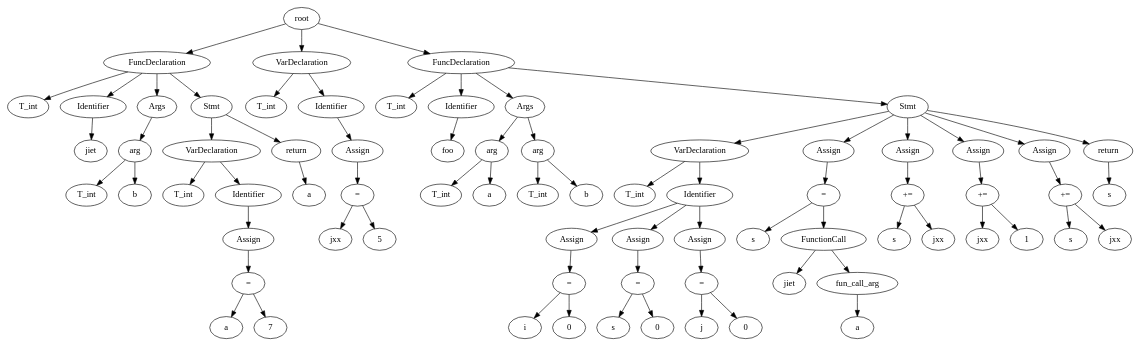
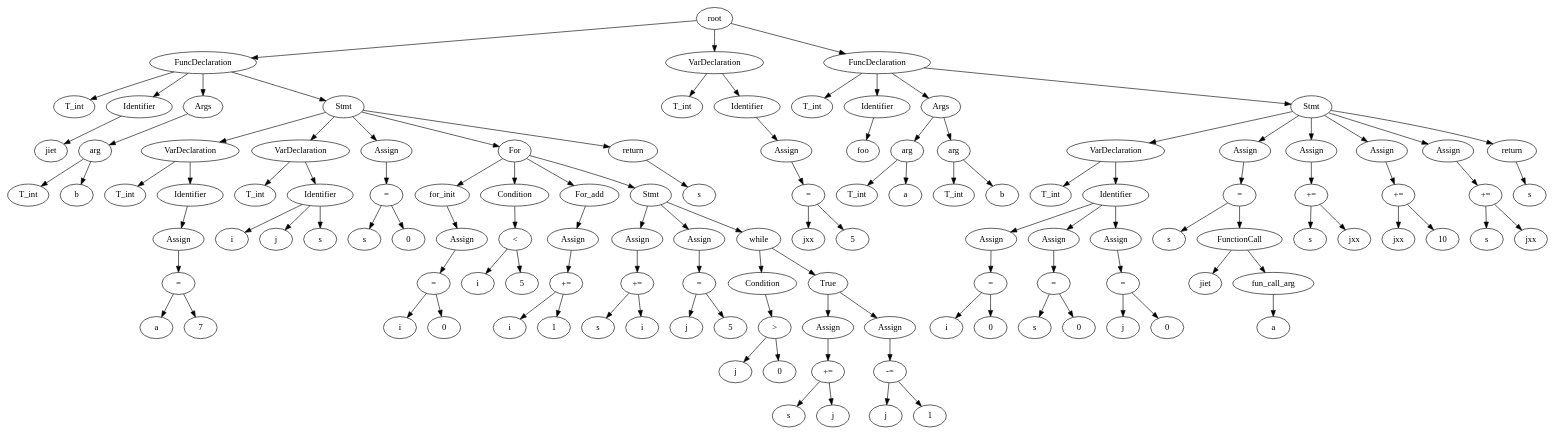
Before and after one commit to Jstar49/starCC: the diagram in test.gv, drawn with Graphviz. The commit also changed 42 other files, not shown here.

```diff
--- a/test.gv
+++ b/test.gv
@@ -33,118 +33,214 @@
 	14 -> 13
 	15 [label=7]
 	14 -> 15
-	16 [label=return]
+	16 [label=VarDeclaration]
 	8 -> 16
-	17 [label=a]
+	17 [label=T_int]
 	16 -> 17
-	18 [label=VarDeclaration]
-	None -> 18
-	19 [label=T_int]
+	18 [label=Identifier]
+	16 -> 18
+	19 [label=i]
 	18 -> 19
-	20 [label=Identifier]
+	20 [label=j]
 	18 -> 20
-	21 [label=Assign]
-	20 -> 21
-	23 [label="="]
-	21 -> 23
-	22 [label=jxx]
-	23 -> 22
-	24 [label=5]
-	23 -> 24
-	25 [label=FuncDeclaration]
-	None -> 25
-	26 [label=T_int]
-	25 -> 26
-	27 [label=Identifier]
-	25 -> 27
-	28 [label=foo]
+	21 [label=s]
+	18 -> 21
+	22 [label=Assign]
+	8 -> 22
+	24 [label="="]
+	22 -> 24
+	23 [label=s]
+	24 -> 23
+	25 [label=0]
+	24 -> 25
+	26 [label=For]
+	8 -> 26
+	27 [label=for_init]
+	26 -> 27
+	28 [label=Assign]
 	27 -> 28
-	29 [label=Args]
-	25 -> 29
-	30 [label=arg]
-	29 -> 30
-	31 [label=T_int]
+	30 [label="="]
+	28 -> 30
+	29 [label=i]
+	30 -> 29
+	31 [label=0]
 	30 -> 31
-	32 [label=a]
-	30 -> 32
-	33 [label=arg]
-	29 -> 33
-	34 [label=T_int]
-	33 -> 34
-	35 [label=b]
-	33 -> 35
-	36 [label=Stmt]
-	25 -> 36
-	37 [label=VarDeclaration]
+	32 [label=Condition]
+	26 -> 32
+	34 [label="<"]
+	32 -> 34
+	33 [label=i]
+	34 -> 33
+	35 [label=5]
+	34 -> 35
+	36 [label=For_add]
+	26 -> 36
+	37 [label=Assign]
 	36 -> 37
-	38 [label=T_int]
-	37 -> 38
-	39 [label=Identifier]
+	39 [label="+="]
 	37 -> 39
-	40 [label=Assign]
+	38 [label=i]
+	39 -> 38
+	40 [label=1]
 	39 -> 40
-	42 [label="="]
-	40 -> 42
-	41 [label=i]
-	42 -> 41
-	43 [label=0]
-	42 -> 43
-	44 [label=Assign]
-	39 -> 44
-	46 [label="="]
-	44 -> 46
-	45 [label=s]
-	46 -> 45
-	47 [label=0]
-	46 -> 47
-	48 [label=Assign]
-	39 -> 48
-	50 [label="="]
-	48 -> 50
-	49 [label=j]
-	50 -> 49
-	51 [label=0]
+	41 [label=Stmt]
+	26 -> 41
+	42 [label=Assign]
+	41 -> 42
+	44 [label="+="]
+	42 -> 44
+	43 [label=s]
+	44 -> 43
+	45 [label=i]
+	44 -> 45
+	46 [label=Assign]
+	41 -> 46
+	48 [label="="]
+	46 -> 48
+	47 [label=j]
+	48 -> 47
+	49 [label=5]
+	48 -> 49
+	50 [label=while]
+	41 -> 50
+	51 [label=Condition]
 	50 -> 51
-	52 [label=Assign]
-	36 -> 52
-	54 [label="="]
-	52 -> 54
-	53 [label=s]
-	54 -> 53
-	55 [label=FunctionCall]
-	54 -> 55
-	56 [label=jiet]
+	53 [label=">"]
+	51 -> 53
+	52 [label=j]
+	53 -> 52
+	54 [label=0]
+	53 -> 54
+	55 [label=True]
+	50 -> 55
+	56 [label=Assign]
 	55 -> 56
-	57 [label=fun_call_arg]
-	55 -> 57
-	58 [label=a]
-	57 -> 58
-	59 [label=Assign]
-	36 -> 59
-	61 [label="+="]
-	59 -> 61
-	60 [label=s]
-	61 -> 60
-	62 [label=jxx]
-	61 -> 62
-	63 [label=Assign]
-	36 -> 63
-	65 [label="+="]
-	63 -> 65
-	64 [label=jxx]
-	65 -> 64
-	66 [label=1]
-	65 -> 66
-	67 [label=Assign]
-	36 -> 67
-	69 [label="+="]
-	67 -> 69
-	68 [label=s]
-	69 -> 68
+	58 [label="+="]
+	56 -> 58
+	57 [label=s]
+	58 -> 57
+	59 [label=j]
+	58 -> 59
+	60 [label=Assign]
+	55 -> 60
+	62 [label="-="]
+	60 -> 62
+	61 [label=j]
+	62 -> 61
+	63 [label=1]
+	62 -> 63
+	64 [label=return]
+	8 -> 64
+	65 [label=s]
+	64 -> 65
+	66 [label=VarDeclaration]
+	None -> 66
+	67 [label=T_int]
+	66 -> 67
+	68 [label=Identifier]
+	66 -> 68
+	69 [label=Assign]
+	68 -> 69
+	71 [label="="]
+	69 -> 71
 	70 [label=jxx]
-	69 -> 70
-	71 [label=return]
-	36 -> 71
-	72 [label=s]
+	71 -> 70
+	72 [label=5]
 	71 -> 72
+	73 [label=FuncDeclaration]
+	None -> 73
+	74 [label=T_int]
+	73 -> 74
+	75 [label=Identifier]
+	73 -> 75
+	76 [label=foo]
+	75 -> 76
+	77 [label=Args]
+	73 -> 77
+	78 [label=arg]
+	77 -> 78
+	79 [label=T_int]
+	78 -> 79
+	80 [label=a]
+	78 -> 80
+	81 [label=arg]
+	77 -> 81
+	82 [label=T_int]
+	81 -> 82
+	83 [label=b]
+	81 -> 83
+	84 [label=Stmt]
+	73 -> 84
+	85 [label=VarDeclaration]
+	84 -> 85
+	86 [label=T_int]
+	85 -> 86
+	87 [label=Identifier]
+	85 -> 87
+	88 [label=Assign]
+	87 -> 88
+	90 [label="="]
+	88 -> 90
+	89 [label=i]
+	90 -> 89
+	91 [label=0]
+	90 -> 91
+	92 [label=Assign]
+	87 -> 92
+	94 [label="="]
+	92 -> 94
+	93 [label=s]
+	94 -> 93
+	95 [label=0]
+	94 -> 95
+	96 [label=Assign]
+	87 -> 96
+	98 [label="="]
+	96 -> 98
+	97 [label=j]
+	98 -> 97
+	99 [label=0]
+	98 -> 99
+	100 [label=Assign]
+	84 -> 100
+	102 [label="="]
+	100 -> 102
+	101 [label=s]
+	102 -> 101
+	103 [label=FunctionCall]
+	102 -> 103
+	104 [label=jiet]
+	103 -> 104
+	105 [label=fun_call_arg]
+	103 -> 105
+	106 [label=a]
+	105 -> 106
+	107 [label=Assign]
+	84 -> 107
+	109 [label="+="]
+	107 -> 109
+	108 [label=s]
+	109 -> 108
+	110 [label=jxx]
+	109 -> 110
+	111 [label=Assign]
+	84 -> 111
+	113 [label="+="]
+	111 -> 113
+	112 [label=jxx]
+	113 -> 112
+	114 [label=10]
+	113 -> 114
+	115 [label=Assign]
+	84 -> 115
+	117 [label="+="]
+	115 -> 117
+	116 [label=s]
+	117 -> 116
+	118 [label=jxx]
+	117 -> 118
+	119 [label=return]
+	84 -> 119
+	120 [label=s]
+	119 -> 120
 }
```
